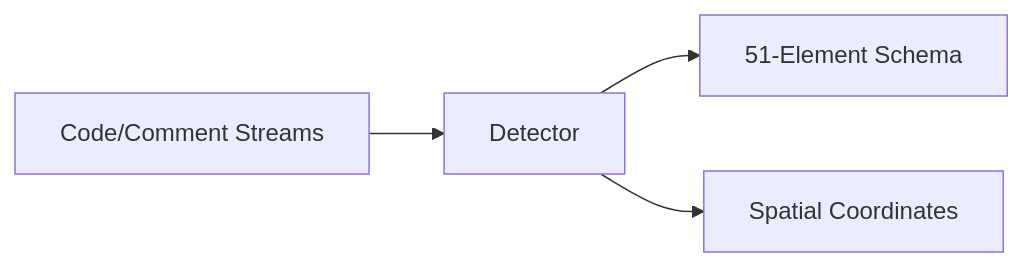
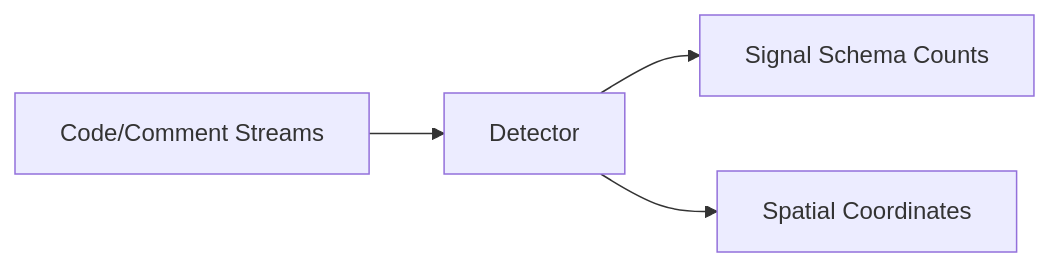
Before and after one commit to squid-protocol/gitgalaxy: the diagram in docs/wiki/02-08-the-detector.md, drawn with Mermaid. The commit also changed other lines of this file and 112 other files, not shown here.

````diff
--- a/docs/wiki/02-08-the-detector.md
+++ b/docs/wiki/02-08-the-detector.md
@@ -28,6 +28,6 @@
 ```mermaid
 flowchart LR
     A[Code/Comment Streams] --> B[Detector]
-    B --> C[51-Element Schema]
+    B --> C[Signal Schema Counts]
     B --> D[Spatial Coordinates]
 ```
````
